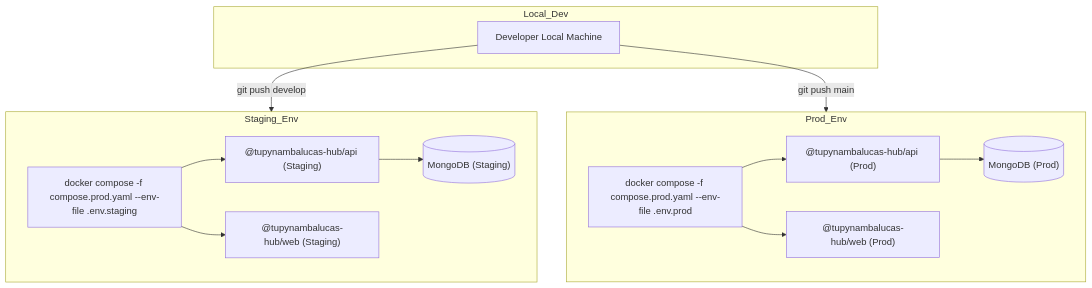
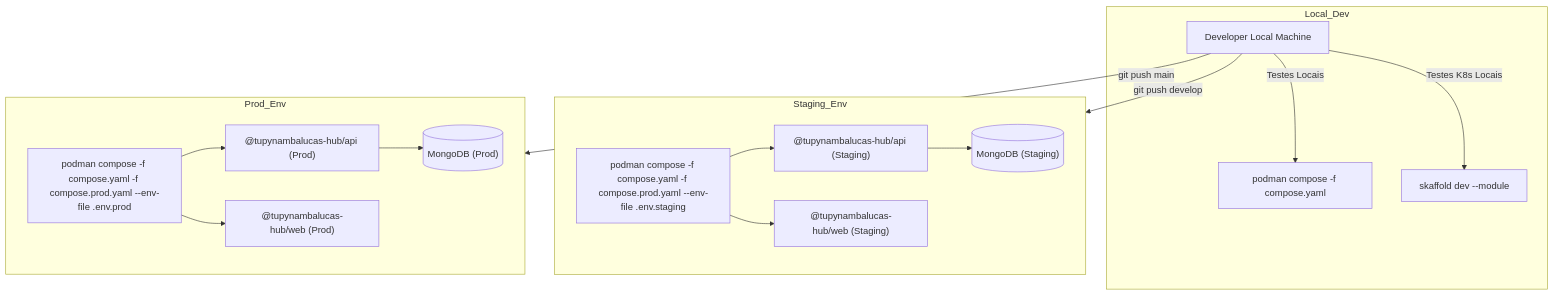
One commit to tupynambalucas/tupynambalucas changed the diagram in docs/i18n/pt-BR/docusaurus-plugin-content-docs/current/reference/infrastructure.mdx. Above: the diagram before and after it, drawn with Mermaid. The commit also changed other lines of this file and 32 other files, not shown here.

````diff
--- a/docs/i18n/pt-BR/docusaurus-plugin-content-docs/current/reference/infrastructure.mdx
+++ b/docs/i18n/pt-BR/docusaurus-plugin-content-docs/current/reference/infrastructure.mdx
@@ -6,30 +21,34 @@
 ```mermaid
 graph TD
     direction TB
     subgraph Local_Dev
         Code["Developer Local Machine"]
+        LocalCompose["podman compose -f compose.yaml"]
+        LocalK8s["skaffold dev --module <name>"]
     end
     subgraph Staging_Env
-        StgCompose["docker compose -f compose.prod.yaml --env-file .env.staging"]
+        StgCompose["podman compose -f compose.yaml -f compose.prod.yaml --env-file .env.staging"]
         StgAPI["@tupynambalucas-hub/api (Staging)"]
         StgWeb["@tupynambalucas-hub/web (Staging)"]
         StgDB[("MongoDB (Staging)")]
     end
     subgraph Prod_Env
-        ProdCompose["docker compose -f compose.prod.yaml --env-file .env.prod"]
+        ProdCompose["podman compose -f compose.yaml -f compose.prod.yaml --env-file .env.prod"]
         ProdAPI["@tupynambalucas-hub/api (Prod)"]
         ProdWeb["@tupynambalucas-hub/web (Prod)"]
         ProdDB[("MongoDB (Prod)")]
     end
 
+    Code -->|Testes Locais| LocalCompose
+    Code -->|Testes K8s Locais| LocalK8s
     Code -->|git push develop| Staging_Env
     Code -->|git push main| Prod_Env
 
     StgCompose --> StgAPI
     StgCompose --> StgWeb
     StgAPI --> StgDB
 
     ProdCompose --> ProdAPI
     ProdCompose --> ProdWeb
     ProdAPI --> ProdDB
 ```
````
